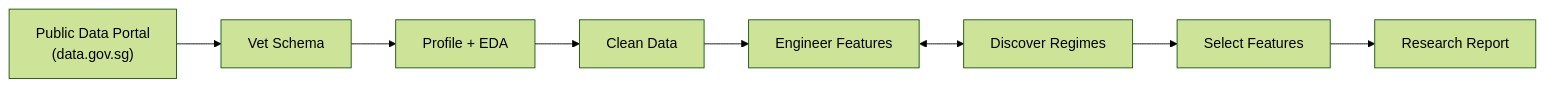
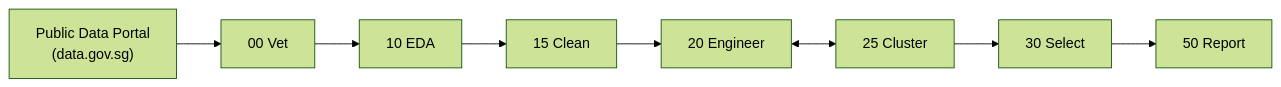
Before and after one commit to q3dresearch/open-research: the diagram in docs/index.md, drawn with Mermaid (forest theme). The commit also changed other lines of this file and 56 other files, not shown here.

````diff
--- a/docs/index.md
+++ b/docs/index.md
@@ -14,10 +14,10 @@
 ```mermaid
 graph LR
-    PORTAL["Public Data Portal<br/>(data.gov.sg)"] --> VET["Vet Schema"]
-    VET --> EDA["Profile + EDA"]
-    EDA --> CLEAN["Clean Data"]
-    CLEAN --> ENGINEER["Engineer Features"]
-    ENGINEER <--> CLUSTER["Discover Regimes"]
-    CLUSTER --> SELECT["Select Features"]
-    SELECT --> REPORT["Research Report"]
+    PORTAL["Public Data Portal<br/>(data.gov.sg)"] --> VET["00 Vet"]
+    VET --> EDA["10 EDA"]
+    EDA --> CLEAN["15 Clean"]
+    CLEAN --> ENGINEER["20 Engineer"]
+    ENGINEER <--> CLUSTER["25 Cluster"]
+    CLUSTER --> SELECT["30 Select"]
+    SELECT --> REPORT["50 Report"]
 ```
````
